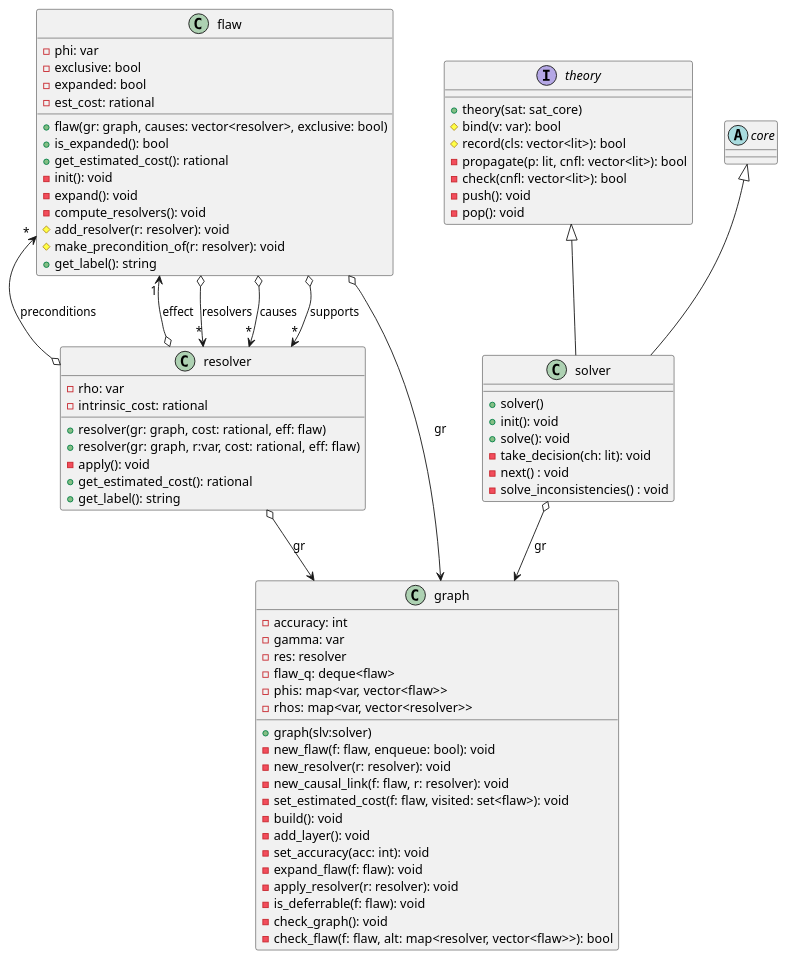
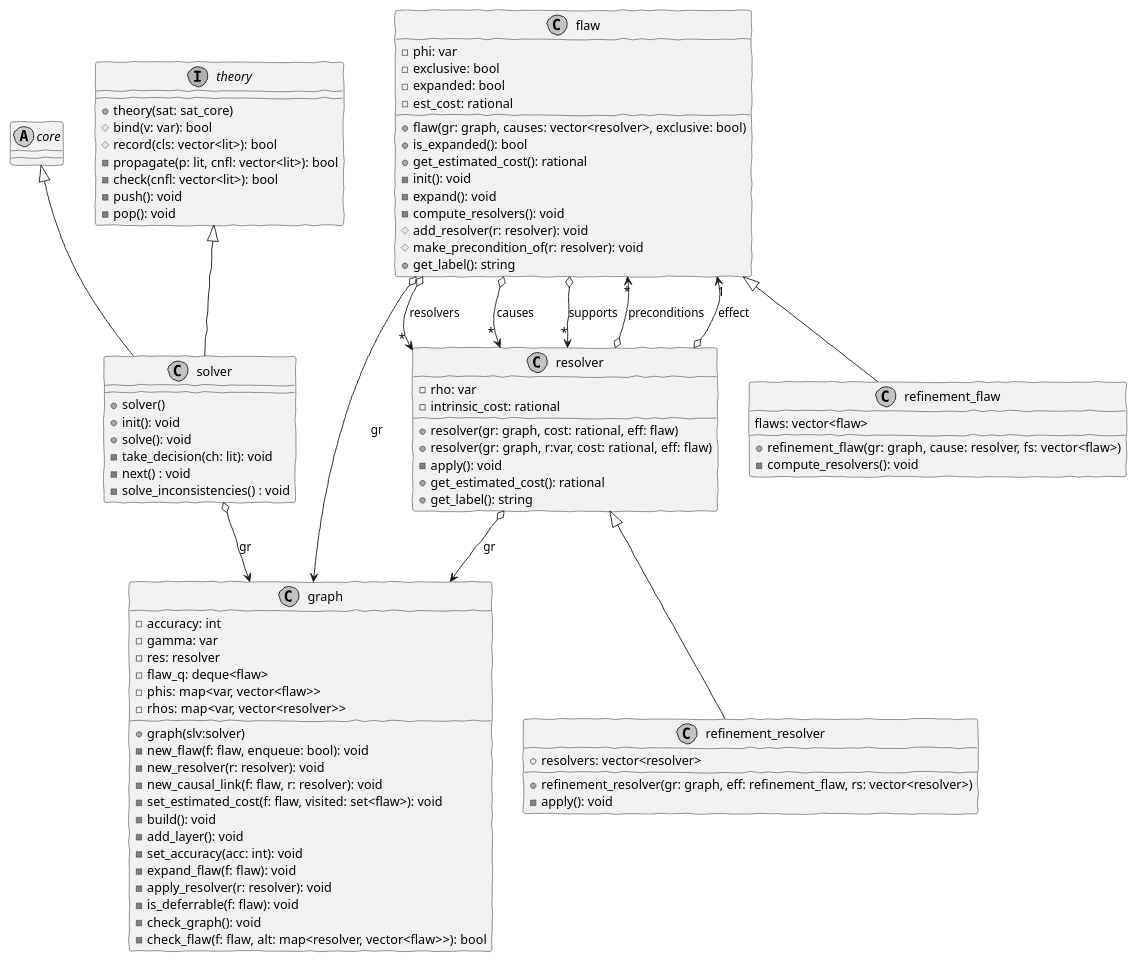
One commit to pstlab/oRatio changed the diagram in solver/solver.wsd. Above: the diagram before and after it, drawn with PlantUML. The commit also changed 1 other file, not shown here.

```diff
--- a/solver/solver.wsd
+++ b/solver/solver.wsd
@@ -1,84 +1,96 @@
 @startuml solver
-'skinparam Monochrome true
-'skinparam Handwritten true
+skinparam Monochrome true
+skinparam Handwritten true
 
 abstract class core
 
 interface theory
 theory : +theory(sat: sat_core)
 theory : #bind(v: var): bool
 theory : #record(cls: vector<lit>): bool
 theory : -propagate(p: lit, cnfl: vector<lit>): bool
 theory : -check(cnfl: vector<lit>): bool
 theory : -push(): void
 theory : -pop(): void
 
 class solver
 core <|-- solver
 theory <|-- solver
 solver : +solver()
 solver : +init(): void
 solver : +solve(): void
 solver : -take_decision(ch: lit): void
 solver : -next() : void
 solver : -solve_inconsistencies() : void
 solver o--> graph: gr
 
 class graph
 graph : +graph(slv:solver)
 graph : -accuracy: int
 graph : -gamma: var
 graph : -res: resolver
 graph : -flaw_q: deque<flaw>
 graph : -phis: map<var, vector<flaw>>
 graph : -rhos: map<var, vector<resolver>>
 
 graph : -new_flaw(f: flaw, enqueue: bool): void
 graph : -new_resolver(r: resolver): void
 graph : -new_causal_link(f: flaw, r: resolver): void
 
 graph : -set_estimated_cost(f: flaw, visited: set<flaw>): void
 
 graph : -build(): void
 graph : -add_layer(): void
 graph : -set_accuracy(acc: int): void
 
 graph : -expand_flaw(f: flaw): void
 graph : -apply_resolver(r: resolver): void
 
 graph : -is_deferrable(f: flaw): void
 
 graph : -check_graph(): void
 graph : -check_flaw(f: flaw, alt: map<resolver, vector<flaw>>): bool
 
 class flaw
 flaw : -phi: var
 flaw : -exclusive: bool
 flaw : -expanded: bool
 flaw : -est_cost: rational
 flaw : +flaw(gr: graph, causes: vector<resolver>, exclusive: bool)
 flaw : +is_expanded(): bool
 flaw : +get_estimated_cost(): rational
 flaw : -init(): void
 flaw : -expand(): void
 flaw : -compute_resolvers(): void
 flaw : #add_resolver(r: resolver): void
 flaw : #make_precondition_of(r: resolver): void
 flaw : +get_label(): string
 flaw o--> "*" resolver : resolvers
 flaw o--> "*" resolver : causes
 flaw o--> "*" resolver : supports
 flaw o--> graph: gr
 
 class resolver
 resolver : -rho: var
 resolver : -intrinsic_cost: rational
 resolver : +resolver(gr: graph, cost: rational, eff: flaw)
 resolver : +resolver(gr: graph, r:var, cost: rational, eff: flaw)
 resolver : -apply(): void
 resolver : +get_estimated_cost(): rational
 resolver : +get_label(): string
 resolver o--> "*" flaw : preconditions
 resolver o--> "1" flaw : effect
 resolver o--> graph: gr
+
+class refinement_flaw
+flaw <|-- refinement_flaw
+refinement_flaw : flaws: vector<flaw>
+refinement_flaw : +refinement_flaw(gr: graph, cause: resolver, fs: vector<flaw>)
+refinement_flaw : -compute_resolvers(): void
+
+class refinement_resolver
+resolver <|-- refinement_resolver
+refinement_resolver : +resolvers: vector<resolver>
+refinement_resolver : +refinement_resolver(gr: graph, eff: refinement_flaw, rs: vector<resolver>)
+refinement_resolver : -apply(): void
 @enduml
```
